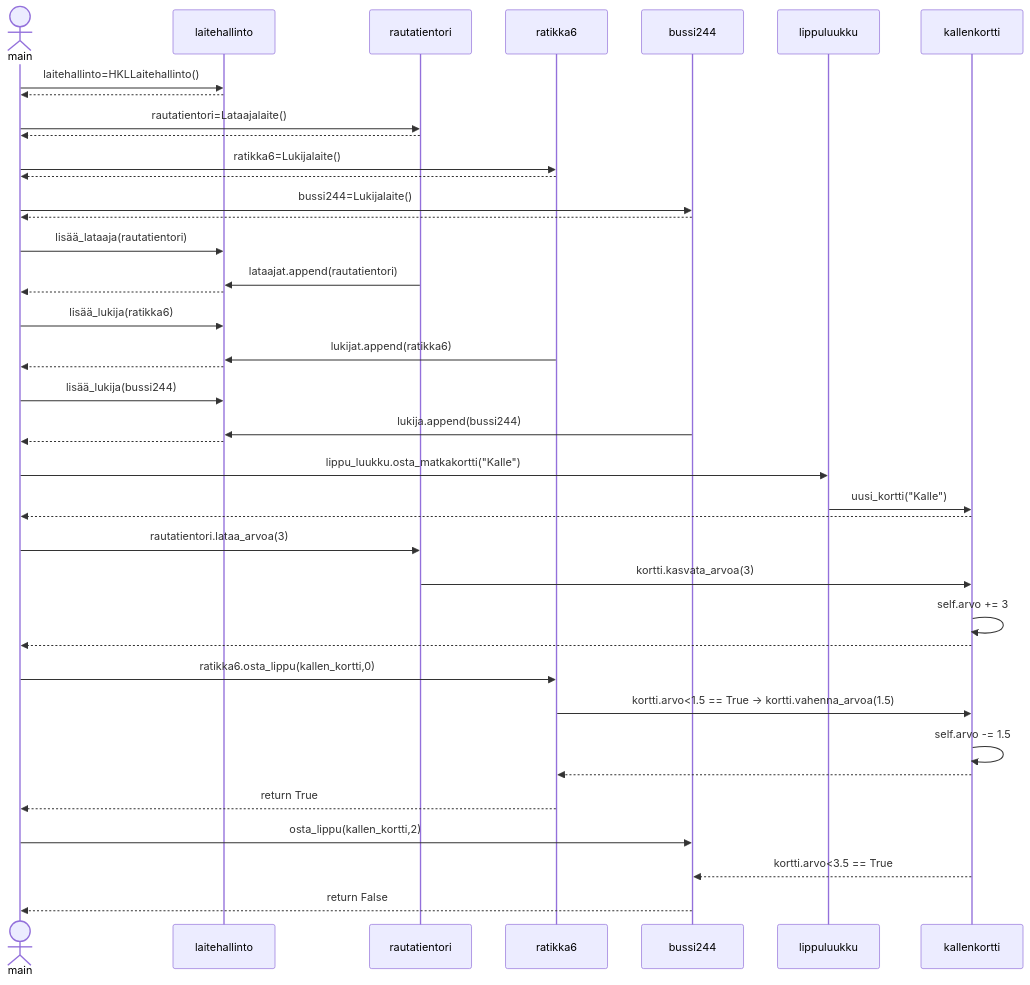
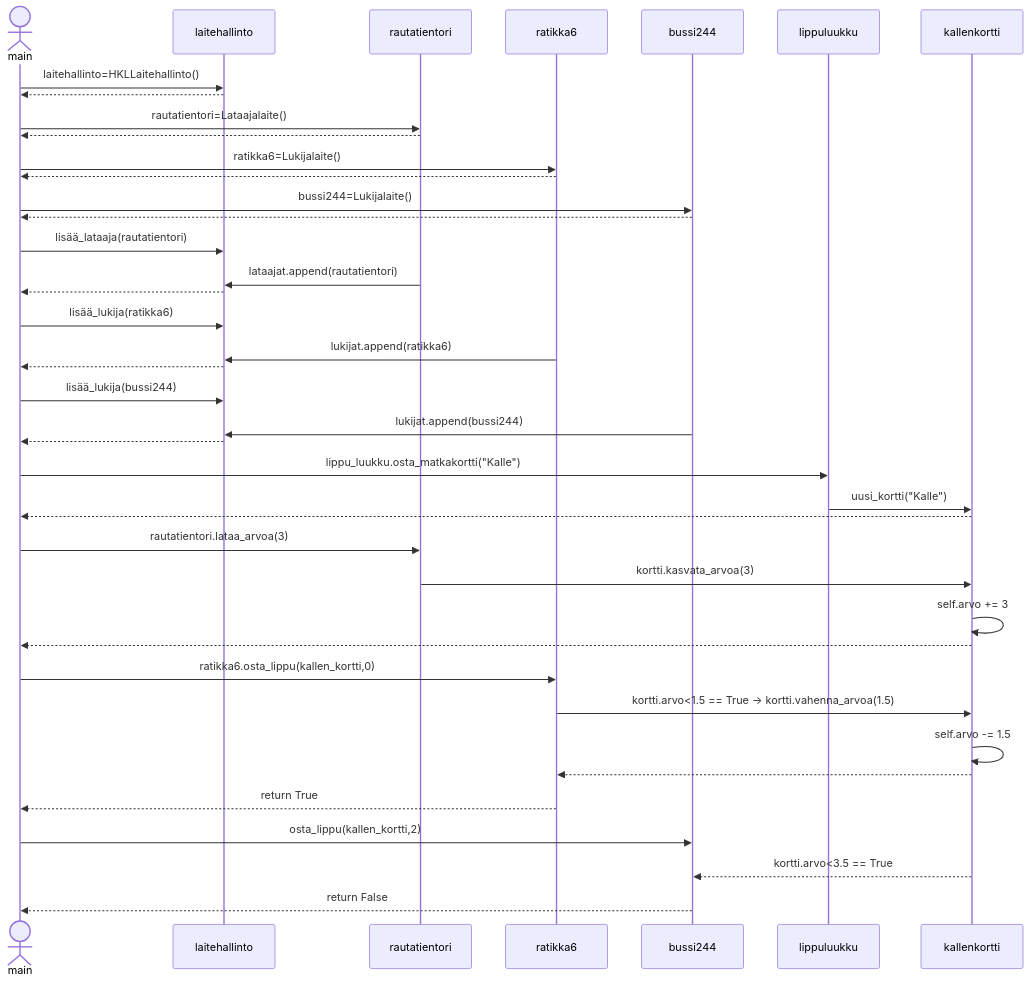
One commit to CrackPapaXtreme/ohte changed the diagram in laskarit/viikko3/teht4.md. Above: the diagram before and after it, drawn with Mermaid.

Commit message:
Sekvenssikaavio korjaus

````diff
--- a/laskarit/viikko3/teht4.md
+++ b/laskarit/viikko3/teht4.md
@@ -2,36 +2,36 @@
 ```mermaid
 sequenceDiagram
 actor main
 main->>laitehallinto:laitehallinto=HKLLaitehallinto()
 laitehallinto-->>main: 
 main->>rautatientori:rautatientori=Lataajalaite()
 rautatientori-->>main: 
 main->>ratikka6:ratikka6=Lukijalaite()
 ratikka6-->>main: 
 main->>bussi244:bussi244=Lukijalaite()
 bussi244-->>main: 
 main->>laitehallinto: lisää_lataaja(rautatientori)
 rautatientori->>laitehallinto: lataajat.append(rautatientori)
 laitehallinto-->>main: 
 main->>laitehallinto: lisää_lukija(ratikka6)
 ratikka6->>laitehallinto: lukijat.append(ratikka6)
 laitehallinto-->>main: 
 main->>laitehallinto: lisää_lukija(bussi244)
-bussi244->>laitehallinto: lukija.append(bussi244)
+bussi244->>laitehallinto: lukijat.append(bussi244)
 laitehallinto-->>main: 
 main->>lippuluukku: lippu_luukku.osta_matkakortti("Kalle")
 lippuluukku->>kallenkortti: uusi_kortti("Kalle")
 kallenkortti-->>main: 
 main->>rautatientori:rautatientori.lataa_arvoa(3)
 rautatientori->>kallenkortti:kortti.kasvata_arvoa(3)
 kallenkortti->>kallenkortti: self.arvo += 3
 kallenkortti-->>main: 
 main->>ratikka6: ratikka6.osta_lippu(kallen_kortti,0)
 ratikka6->>kallenkortti: kortti.arvo<1.5 == True -> kortti.vahenna_arvoa(1.5)
 kallenkortti->>kallenkortti: self.arvo -= 1.5
 kallenkortti-->>ratikka6: 
 ratikka6-->>main:return True
 main->>bussi244: osta_lippu(kallen_kortti,2)
 kallenkortti-->>bussi244: kortti.arvo<3.5 == True 
 bussi244-->>main: return False
 ```
````
